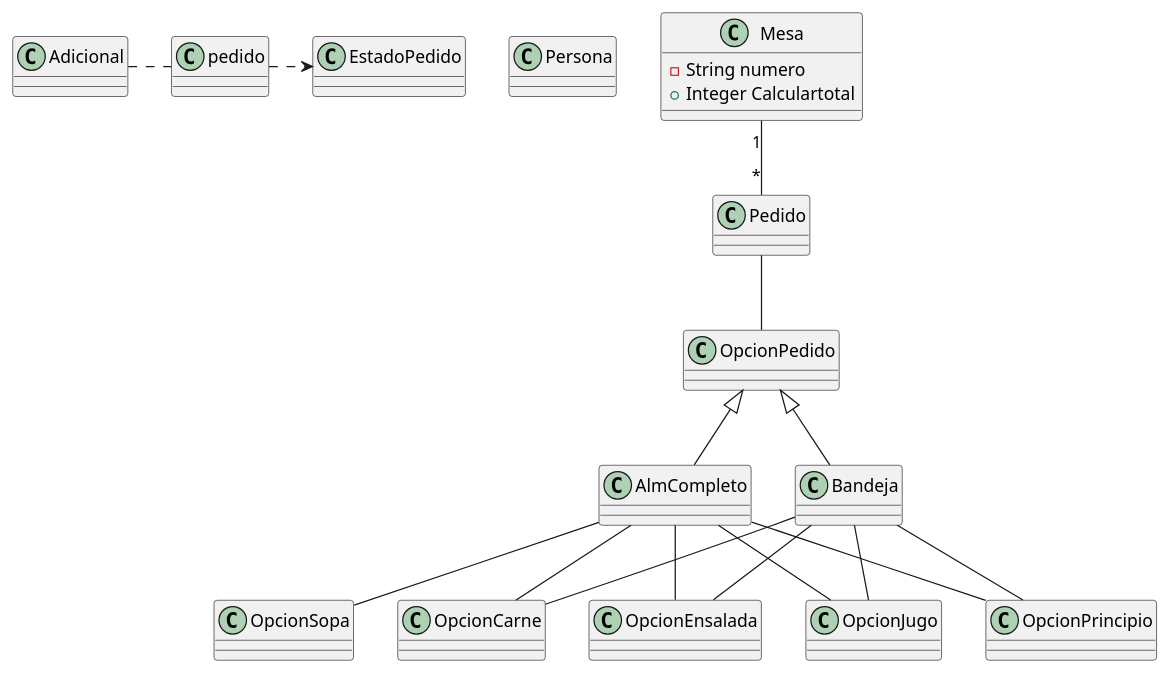
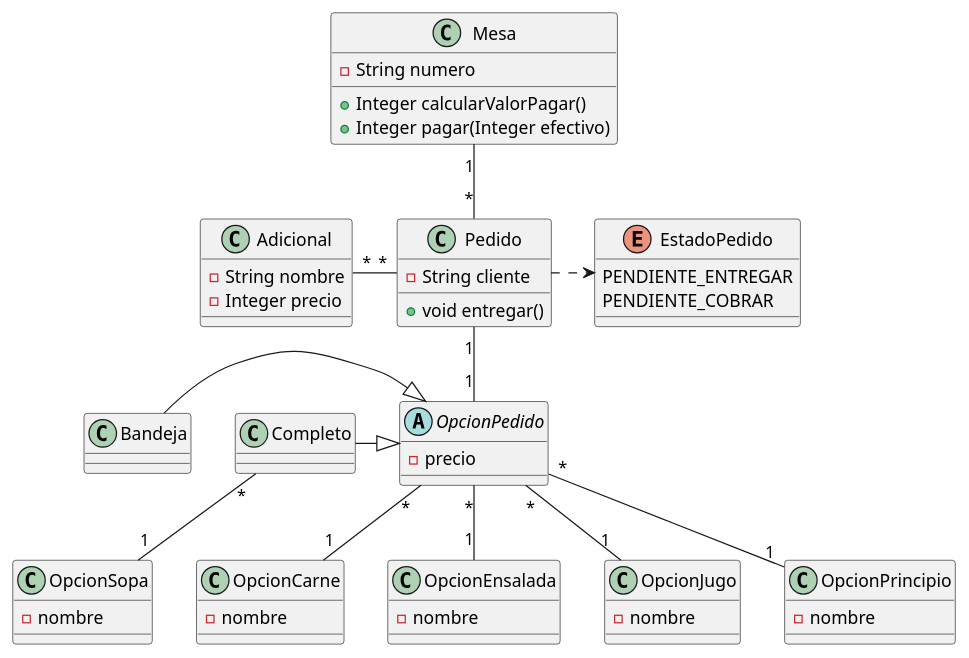
The diagram in doc/diagrama_clases.puml (Danniel13/Crud-corrientazo), drawn with PlantUML before and after one commit. The commit also changed 1 other file, not shown here.

```diff
--- a/doc/diagrama_clases.puml
+++ b/doc/diagrama_clases.puml
@@ -1,33 +1,76 @@
 @startuml "Diagrama de clases"
 
-class Persona
+class Mesa {
+    - String numero
 
-Class Mesa{
-  - String numero
-  + Integer Calculartotal
+    + Integer calcularValorPagar()
+    + Integer pagar(Integer efectivo)
 }
-Mesa "1"-- "*" Pedido
 
-pedido .right.>EstadoPedido
-pedido .left- Adicional
+class Pedido {
+    - String cliente 
 
-Pedido --OpcionPedido
+    + void entregar()
+}
 
-OpcionPedido <|-- AlmCompleto
-OpcionPedido <|-- Bandeja
+enum EstadoPedido {
+    PENDIENTE_ENTREGAR
+    PENDIENTE_COBRAR
+}
 
-AlmCompleto --OpcionSopa
-AlmCompleto --OpcionPrincipio
-AlmCompleto --OpcionCarne
-AlmCompleto --OpcionEnsalada
-AlmCompleto --OpcionJugo
+class Adicional {
+    - String nombre
+    - Integer precio
+}
+
+class OpcionSopa {
+    - nombre
+}
+
+class OpcionPrincipio {
+    - nombre
+}
+
+class OpcionCarne {
+    - nombre
+}
+
+class OpcionEnsalada {
+    - nombre
+}
+
+class OpcionJugo {
+    - nombre
+}
+
+abstract class OpcionPedido {
+    - precio
+}
+
+class Completo {
+
+}
+
+class Bandeja {
+
+}
 
 
-Bandeja --OpcionPrincipio
-Bandeja --OpcionCarne
-Bandeja --OpcionEnsalada
-Bandeja --OpcionJugo
+Mesa "1" -- "*" Pedido
 
+Pedido .right.> EstadoPedido
+Pedido "*" -left- "*" Adicional
 
+Pedido "1" -- "1" OpcionPedido
+
+OpcionPedido <|-left- Completo
+OpcionPedido <|-left- Bandeja
+
+Completo "*" -- "1" OpcionSopa
+
+OpcionPedido "*" -- "1" OpcionPrincipio
+OpcionPedido "*" -- "1" OpcionCarne
+OpcionPedido "*" -- "1" OpcionEnsalada
+OpcionPedido "*" -- "1" OpcionJugo
 
 @enduml
```
